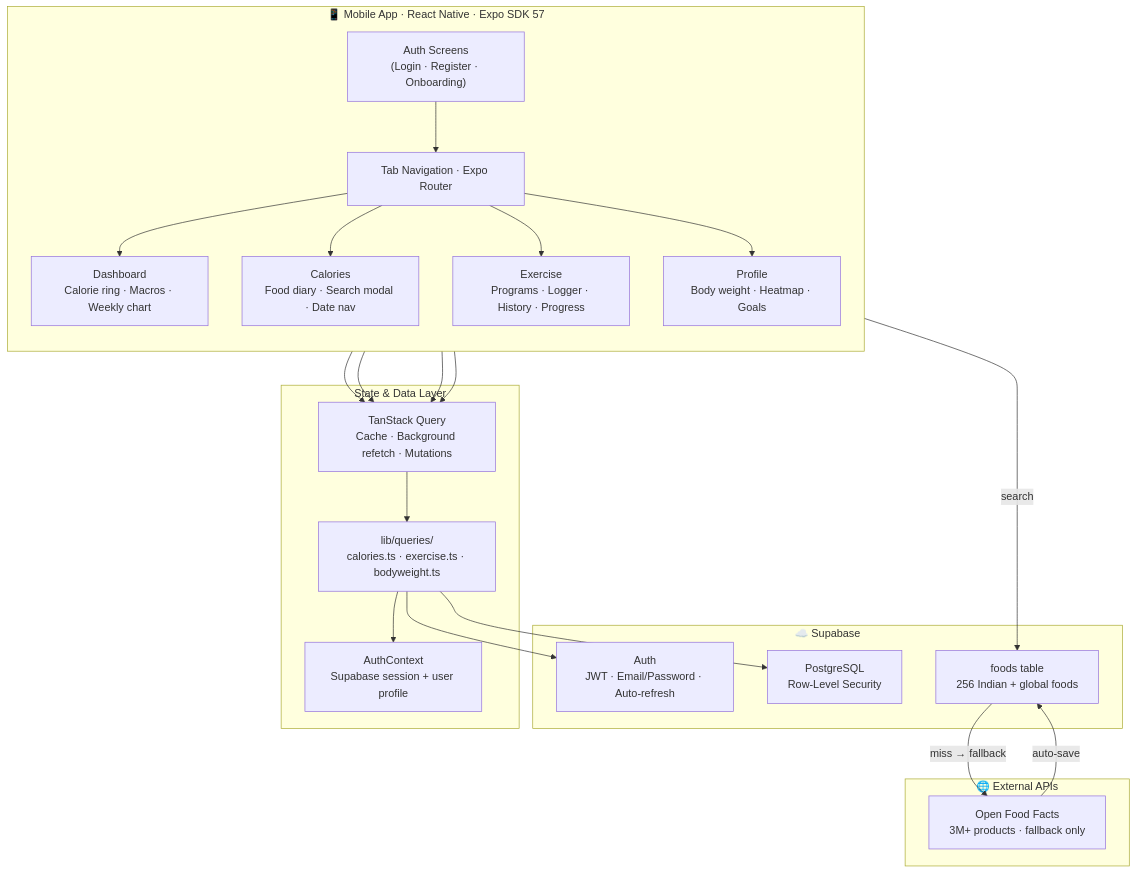
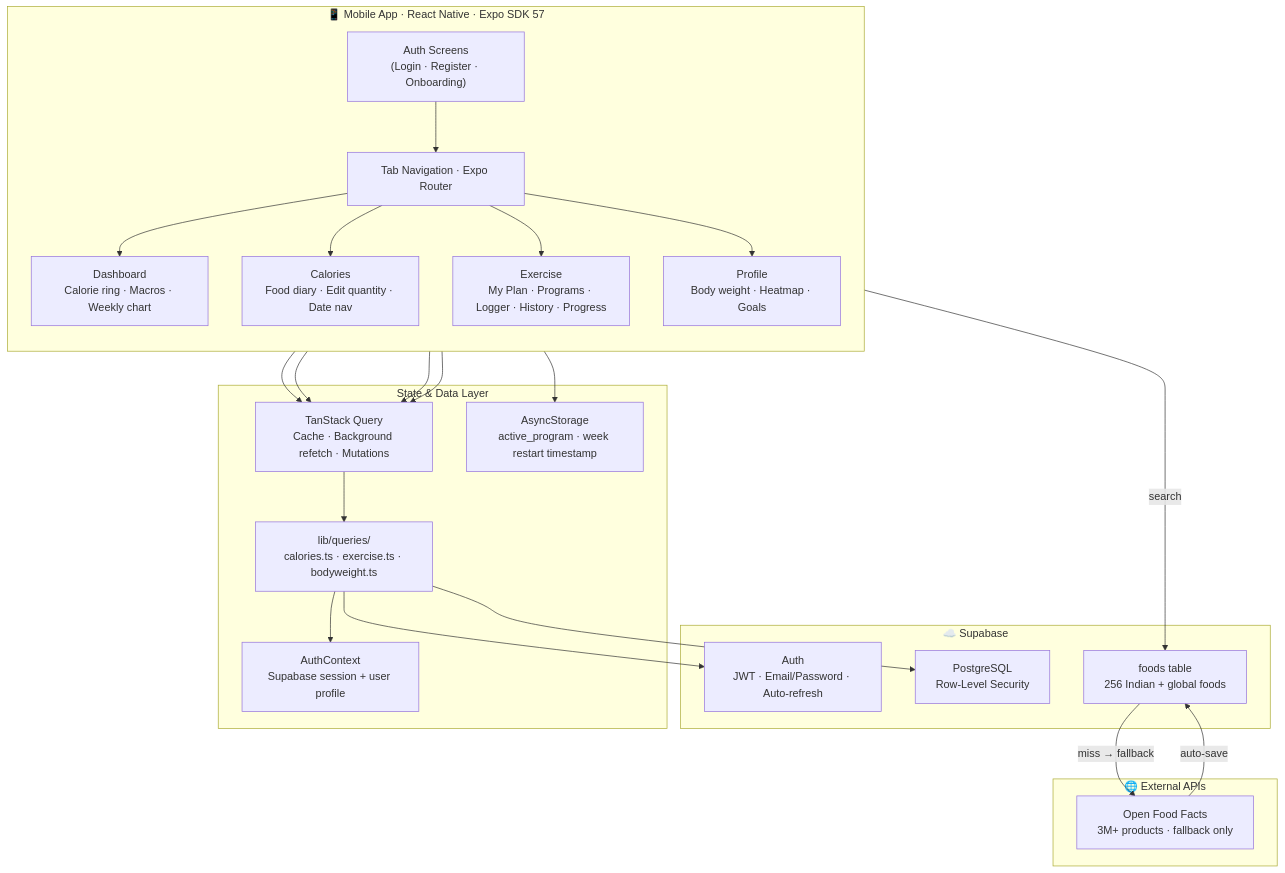
The first of 5 diagrams in README.md (cvm101/FitGuru), drawn with Mermaid before and after one commit. The commit also changed other lines of this file, not shown here.

````diff
--- a/README.md
+++ b/README.md
@@ -53,38 +53,40 @@
 ```mermaid
 graph TD
     subgraph Mobile["📱 Mobile App · React Native · Expo SDK 57"]
         direction TB
         Auth["Auth Screens\n(Login · Register · Onboarding)"]
         Tabs["Tab Navigation · Expo Router"]
         Dashboard["Dashboard\nCalorie ring · Macros · Weekly chart"]
-        Calories["Calories\nFood diary · Search modal · Date nav"]
-        Exercise["Exercise\nPrograms · Logger · History · Progress"]
+        Calories["Calories\nFood diary · Edit quantity · Date nav"]
+        Exercise["Exercise\nMy Plan · Programs · Logger · History · Progress"]
         Profile["Profile\nBody weight · Heatmap · Goals"]
     end
 
     subgraph State["State & Data Layer"]
         AuthCtx["AuthContext\nSupabase session + user profile"]
         TQ["TanStack Query\nCache · Background refetch · Mutations"]
         Queries["lib/queries/\ncalories.ts · exercise.ts · bodyweight.ts"]
+        AS["AsyncStorage\nactive_program · week restart timestamp"]
     end
 
     subgraph Backend["☁️ Supabase"]
         SupaAuth["Auth\nJWT · Email/Password · Auto-refresh"]
         DB["PostgreSQL\nRow-Level Security"]
         FoodsDB["foods table\n256 Indian + global foods"]
     end
 
     subgraph External["🌐 External APIs"]
         OFF["Open Food Facts\n3M+ products · fallback only"]
     end
 
     Auth --> Tabs
     Tabs --> Dashboard & Calories & Exercise & Profile
     Dashboard & Calories & Exercise & Profile --> TQ
     TQ --> Queries
     Queries --> AuthCtx
     Queries --> SupaAuth & DB
+    Exercise --> AS
     Calories -->|"search"| FoodsDB
     FoodsDB -->|"miss → fallback"| OFF
     OFF -->|"auto-save"| FoodsDB
 ```
````
